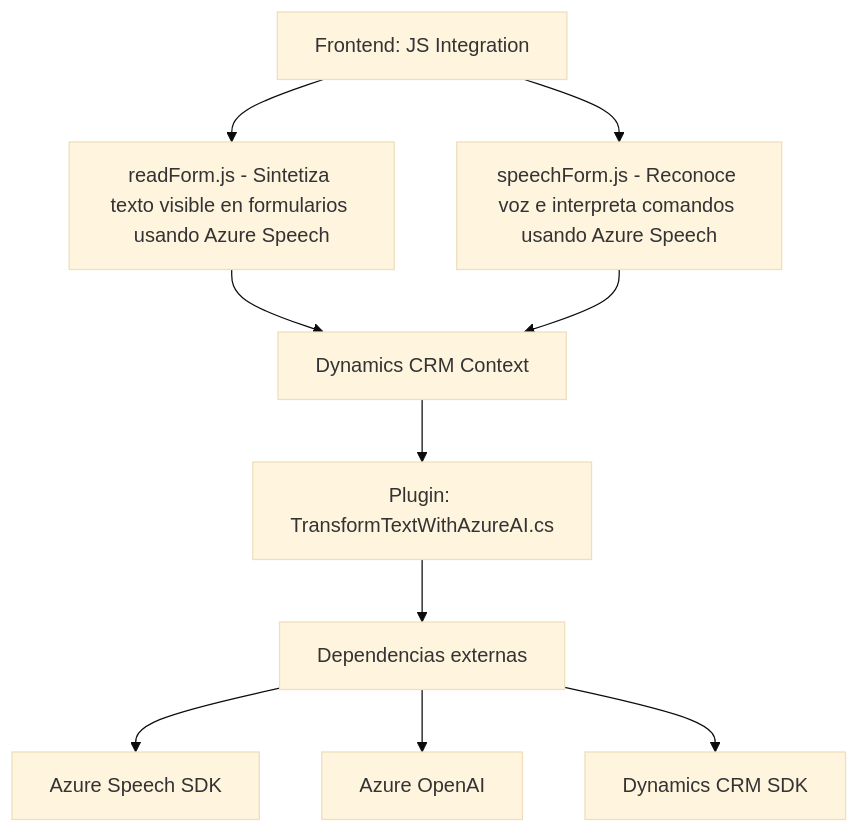
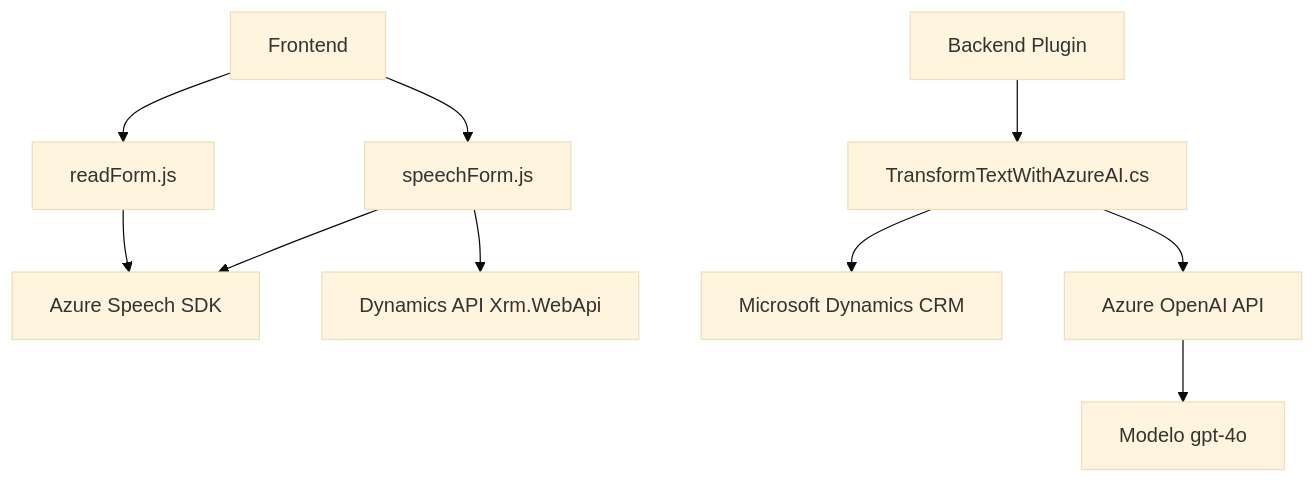
Before and after one commit to blopezdm/NETCORE_BILBAO2025: the diagram in README.md, drawn with Mermaid (base theme). The commit also changed other lines of this file, not shown here.

````diff
--- a/README.md
+++ b/README.md
@@ -37,23 +33,12 @@
 ```mermaid
 graph TD
-    A["Frontend: JS Integration"]
-    A1["readForm.js - Sintetiza texto visible en formularios usando Azure Speech"]
-    A2["speechForm.js - Reconoce voz e interpreta comandos usando Azure Speech"]
-    B["Dynamics CRM Context"]
-    B1["Plugin: TransformTextWithAzureAI.cs"]
-    C["Dependencias externas"]
-    C1["Azure Speech SDK"]
-    C2["Azure OpenAI"]
-    C3["Dynamics CRM SDK"]
-
-    A --> A1
-    A --> A2
-    A1 --> B
-    B --> B1
-    A2 --> B
-    B1 --> C
-
-    C --> C1
-    C --> C2
-    C --> C3
+    A["Frontend"] --> B["readForm.js"]
+    A --> C["speechForm.js"]
+    B --> D["Azure Speech SDK"]
+    C --> D
+    C --> E["Dynamics API Xrm.WebApi"]
+    F["Backend Plugin"] --> G["TransformTextWithAzureAI.cs"]
+    G --> H["Microsoft Dynamics CRM"]
+    G --> I["Azure OpenAI API"]
+    I --> J["Modelo gpt-4o"]
 ```
````
